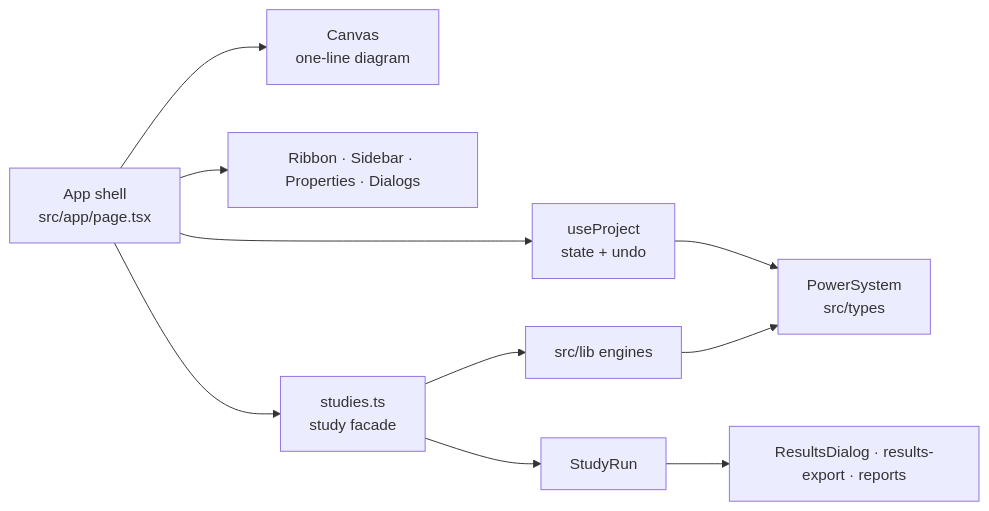
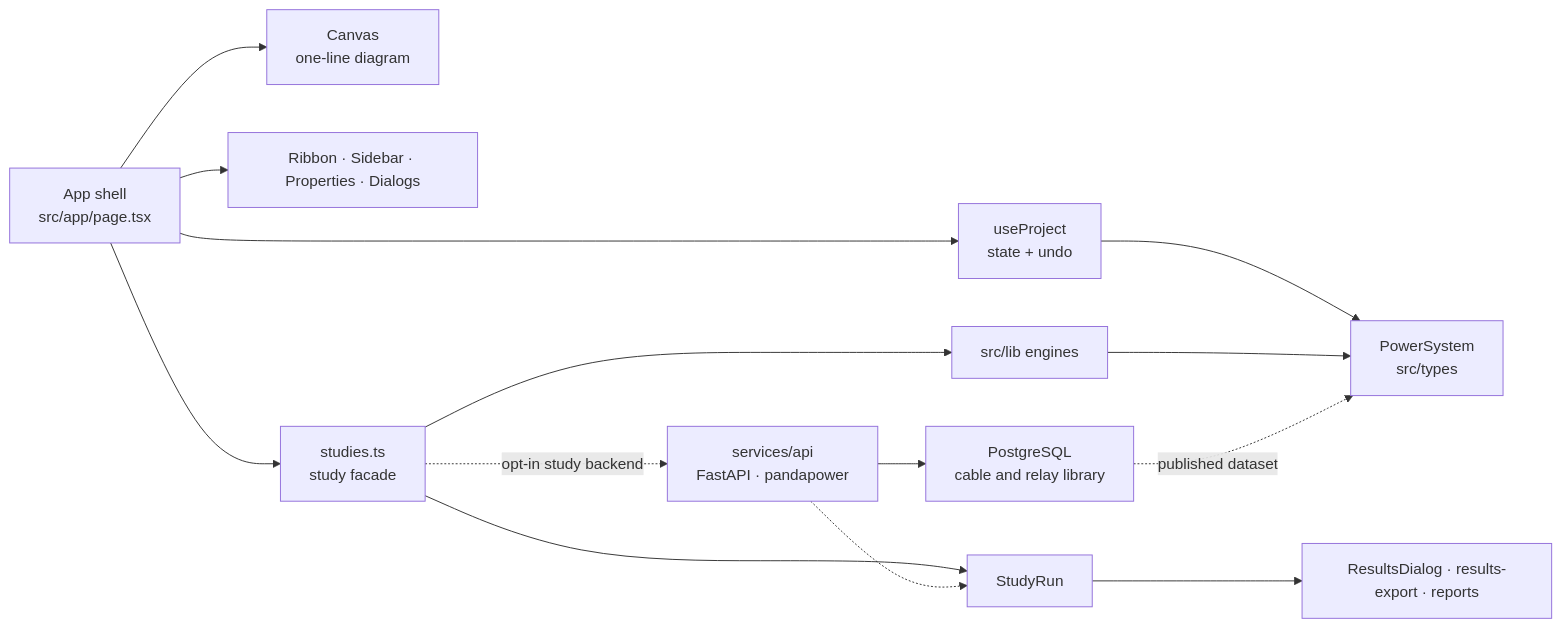
Before and after one commit to ashcoft/psa-tool: the diagram in docs/ARCHITECTURE.md, drawn with Mermaid. The commit also changed other lines of this file and 42 other files, not shown here.

````diff
--- a/docs/ARCHITECTURE.md
+++ b/docs/ARCHITECTURE.md
@@ -6,12 +10,16 @@
 ```mermaid
 flowchart LR
   UI["App shell<br/>src/app/page.tsx"] --> Canvas["Canvas<br/>one-line diagram"]
   UI --> Panels["Ribbon · Sidebar · Properties · Dialogs"]
   UI --> Project["useProject<br/>state + undo"]
   Project --> Model["PowerSystem<br/>src/types"]
   UI --> Facade["studies.ts<br/>study facade"]
   Facade --> Engines["src/lib engines"]
   Engines --> Model
   Facade --> Run["StudyRun"]
   Run --> Results["ResultsDialog · results-export · reports"]
+  Facade -.->|opt-in study backend| API["services/api<br/>FastAPI · pandapower"]
+  API -.-> Run
+  API --> Catalog["PostgreSQL<br/>cable and relay library"]
+  Catalog -.->|published dataset| Model
 ```
````
